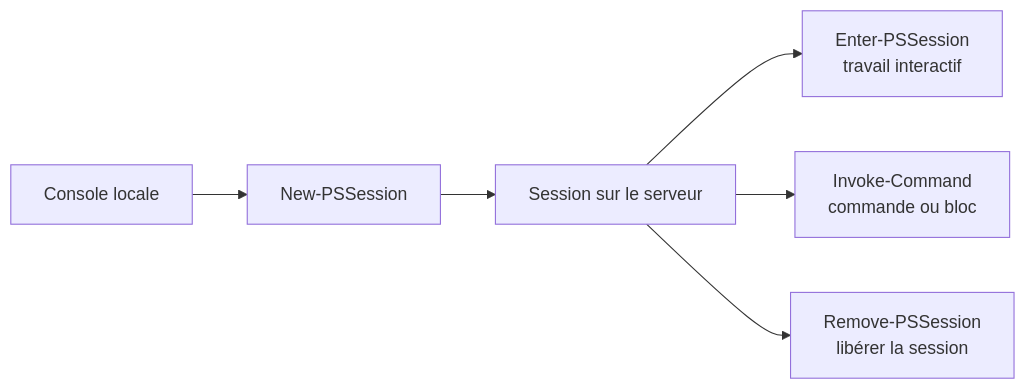
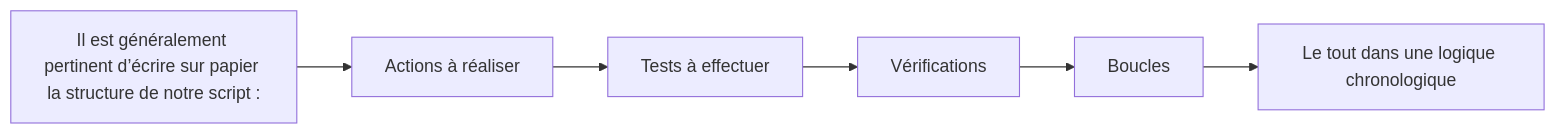
The fifth of 5 diagrams in docs/modules/12-initiation-powershell/module-05.md (sk34pk25/tssr-cours), drawn with Mermaid before and after one commit. The commit also changed other lines of this file and 5 other files, not shown here.

````diff
--- a/docs/modules/12-initiation-powershell/module-05.md
+++ b/docs/modules/12-initiation-powershell/module-05.md
@@ -137,8 +179,14 @@
 ```mermaid
 flowchart LR
-    A["Console locale"] --> B["New-PSSession"]
-    B --> C["Session sur le serveur"]
-    C --> D["Enter-PSSession<br/>travail interactif"]
-    C --> E["Invoke-Command<br/>commande ou bloc"]
-    C --> F["Remove-PSSession<br/>libérer la session"]
+    N1["Il est généralement pertinent d’écrire sur papier la structure de notre script :"]
+    N2["Actions à réaliser"]
+    N3["Tests à effectuer"]
+    N4["Vérifications"]
+    N5["Boucles"]
+    N6["Le tout dans une logique chronologique"]
+    N1 --> N2
+    N2 --> N3
+    N3 --> N4
+    N4 --> N5
+    N5 --> N6
 ```
````
